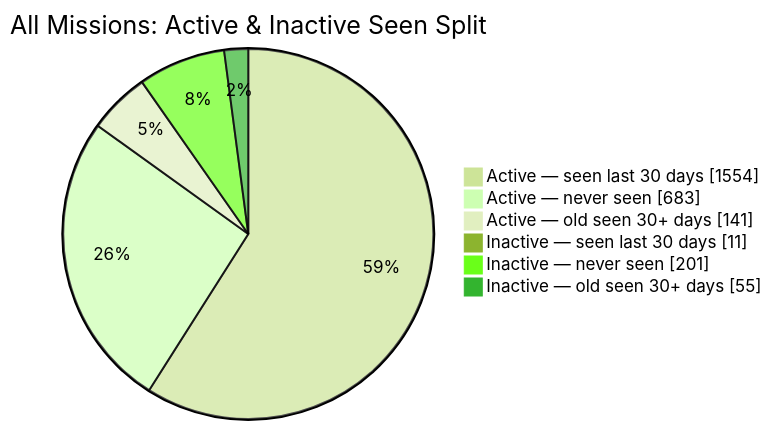
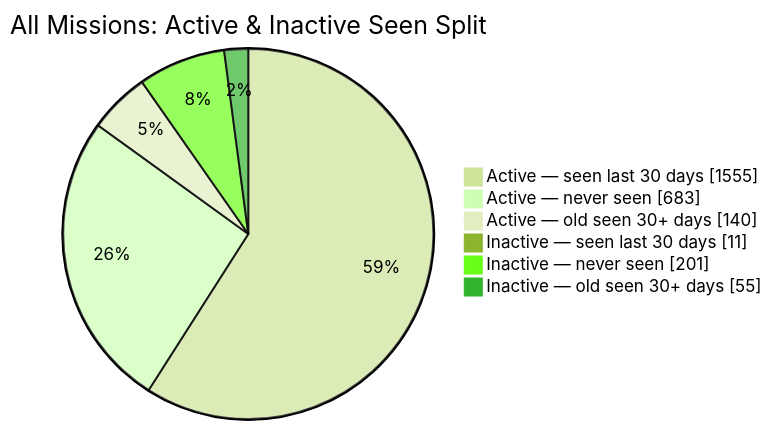
The second of 2 diagrams in README.md (MeldkamerspelGameTeam/active-missions), drawn with Mermaid (forest theme) before and after one commit. The commit also changed other lines of this file and 2 other files, not shown here.

````diff
--- a/README.md
+++ b/README.md
@@ -44,10 +44,10 @@
 ```mermaid
 pie showData
     title All Missions: Active & Inactive Seen Split
-    "Active — seen last 30 days" : 1554
+    "Active — seen last 30 days" : 1555
     "Active — never seen" : 683
-    "Active — old seen 30+ days" : 141
+    "Active — old seen 30+ days" : 140
     "Inactive — seen last 30 days" : 11
     "Inactive — never seen" : 201
     "Inactive — old seen 30+ days" : 55
 ```
````
